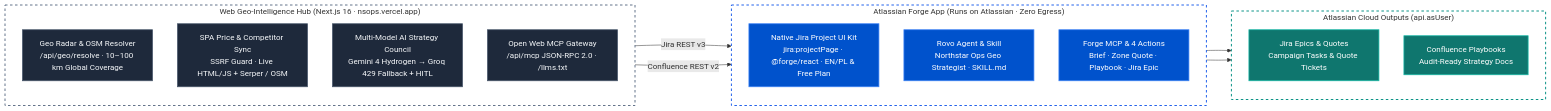
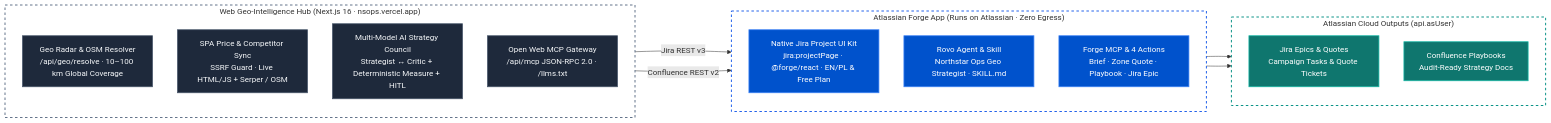
Before and after one commit to AdamBabinicz/radom-geo-intelligence: the diagram in README.md, drawn with Mermaid. The commit also changed other lines of this file and 27 other files, not shown here.

First line of the commit message:
feat: decouple currency, add AI Council Measure guardrail, and harden live MCP discovery

````diff
--- a/README.md
+++ b/README.md
@@ -33,40 +33,40 @@
 ```mermaid
 flowchart LR
   subgraph WEB["Web Geo-Intelligence Hub (Next.js 16 · nsops.vercel.app)"]
     direction TB
     W1["Geo Radar & OSM Resolver<br/>/api/geo/resolve · 10–100 km Global Coverage"]
     W2["SPA Price & Competitor Sync<br/>SSRF Guard · Live HTML/JS + Serper / OSM"]
-    W3["Multi-Model AI Strategy Council<br/>Gemini 4 Hydrogen → Groq 429 Fallback + HITL"]
+    W3["Multi-Model AI Strategy Council<br/>Strategist ↔ Critic + Deterministic Measure + HITL"]
     W4["Open Web MCP Gateway<br/>/api/mcp JSON-RPC 2.0 · /llms.txt"]
   end
 
   subgraph FORGE["Atlassian Forge App (Runs on Atlassian · Zero Egress)"]
     direction TB
     F1["Native Jira Project UI Kit<br/>jira:projectPage · @forge/react · EN/PL & Free Plan"]
     F2["Rovo Agent & Skill<br/>Northstar Ops Geo Strategist · SKILL.md"]
     F3["Forge MCP & 4 Actions<br/>Brief · Zone Quote · Playbook · Jira Epic"]
   end
 
   subgraph OUT["Atlassian Cloud Outputs (api.asUser)"]
     direction TB
     O1["Jira Epics & Quotes<br/>Campaign Tasks & Quote Tickets"]
     O2["Confluence Playbooks<br/>Audit-Ready Strategy Docs"]
   end
 
   WEB -->|"Jira REST v3"| FORGE
   WEB -->|"Confluence REST v2"| FORGE
   FORGE --> O1
   FORGE --> O2
 
   style WEB fill:transparent,stroke:#64748b,stroke-width:2px,stroke-dasharray: 5 5
   style FORGE fill:transparent,stroke:#2563eb,stroke-width:2px,stroke-dasharray: 5 5
   style OUT fill:transparent,stroke:#0d9488,stroke-width:2px,stroke-dasharray: 5 5
 
   classDef webNode fill:#1e293b,stroke:#475569,stroke-width:1.5px,color:#f8fafc
   classDef forgeNode fill:#0052cc,stroke:#3b82f6,stroke-width:1.5px,color:#ffffff
   classDef outNode fill:#0f766e,stroke:#14b8a6,stroke-width:1.5px,color:#ffffff
 
   class W1,W2,W3,W4 webNode
   class F1,F2,F3 forgeNode
   class O1,O2 outNode
 ```
````
